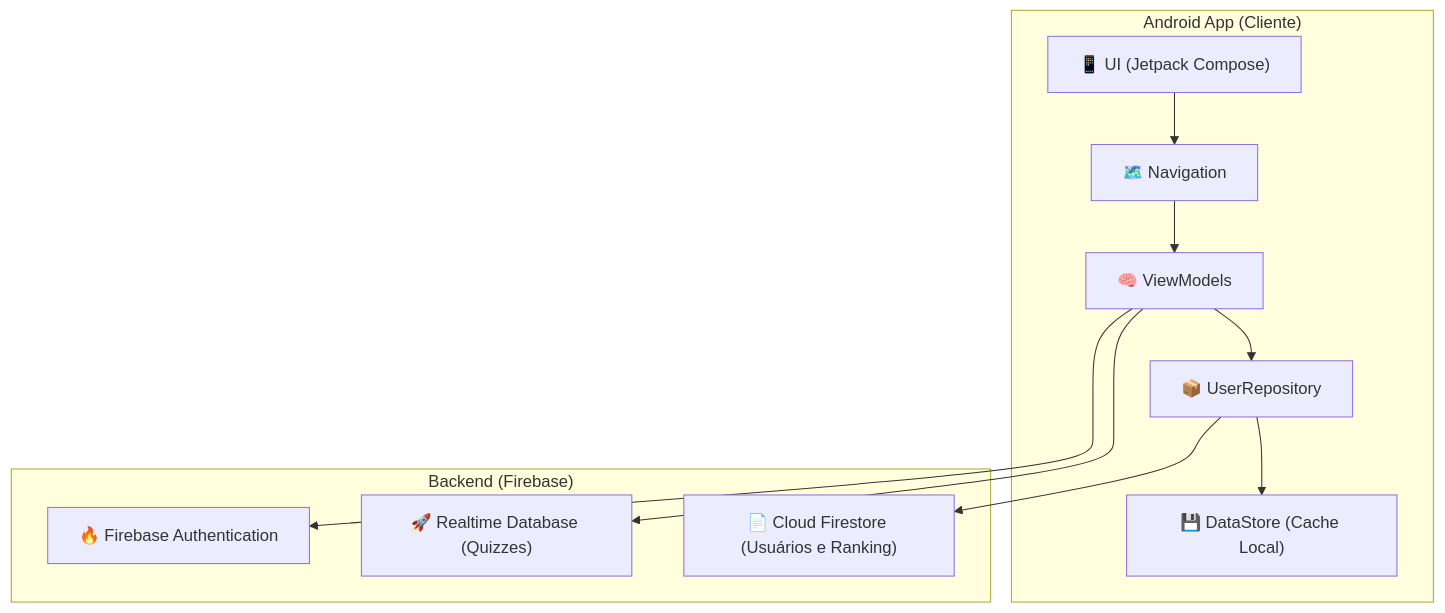
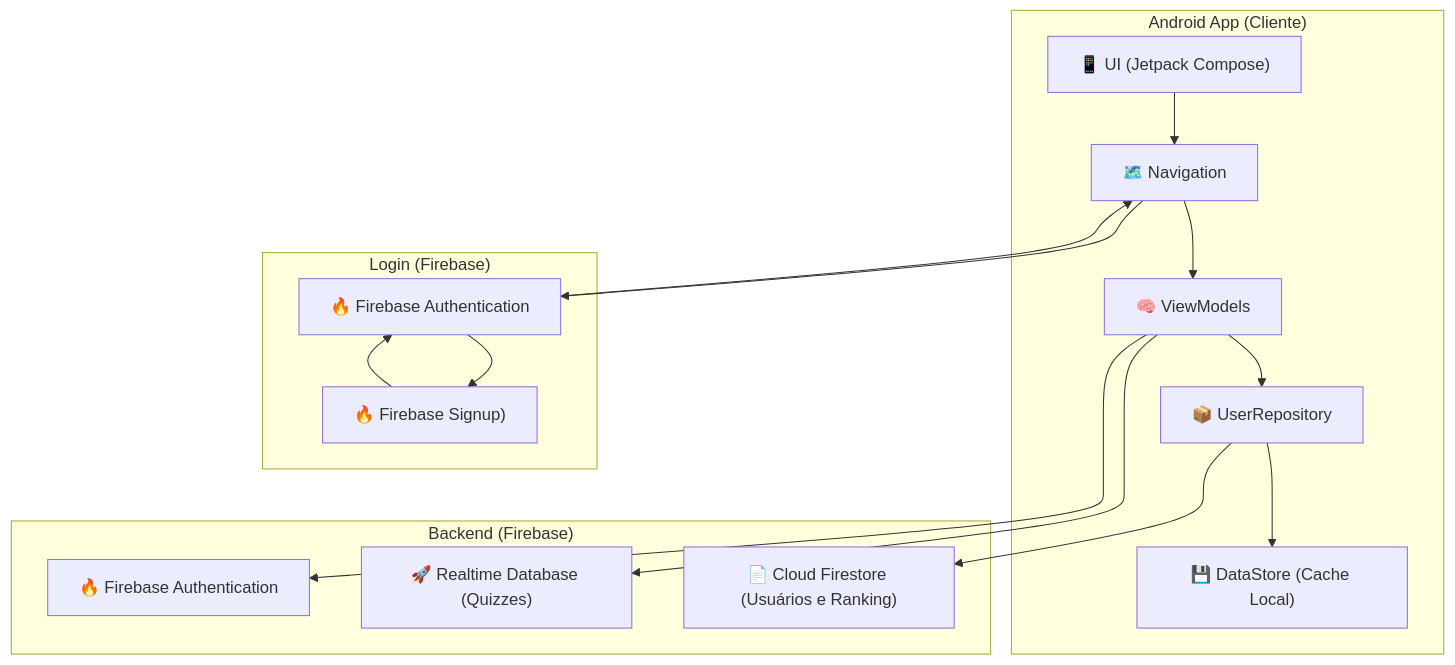
The diagram in README.md (master-rogerio/VC-Quiz-o), drawn with Mermaid before and after one commit.

````diff
--- a/README.md
+++ b/README.md
@@ -37,24 +37,33 @@
 ```mermaid
 graph TD
     subgraph "Android App (Cliente)"
         UI["📱 UI (Jetpack Compose)"]
         NAV["🗺️ Navigation"]
         VMs["🧠 ViewModels"]
         REPO["📦 UserRepository"]
         DS["💾 DataStore (Cache Local)"]
     end
 
     subgraph "Backend (Firebase)"
         AUTH["🔥 Firebase Authentication"]
         RTDB["🚀 Realtime Database (Quizzes)"]
         FS["📄 Cloud Firestore (Usuários e Ranking)"]
     end
 
+ subgraph "Login (Firebase)"
+        Login["🔥 Firebase Authentication"]
+        Signup["🔥 Firebase Signup)"]
+    end
+
     UI --> NAV
+    NAV --> Login
+    Login --> Signup
+    Signup --> Login
+    Login --> NAV
     NAV --> VMs
     VMs --> REPO
     VMs --> RTDB
     REPO --> DS
     REPO --> FS
     VMs --> AUTH
 ```
````
